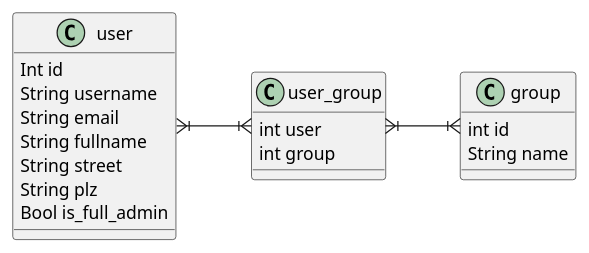
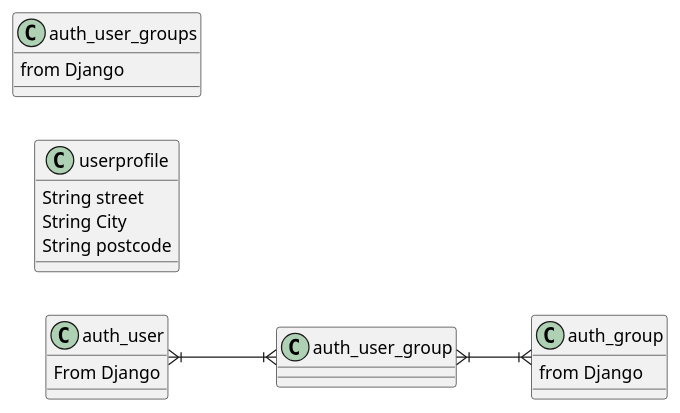
Before and after one commit to KnKay/share: the first of 3 diagrams in docs/data_architecture.md, drawn with PlantUML. The commit also changed other lines of this file and 12 other files, not shown here.

````diff
--- a/docs/data_architecture.md
+++ b/docs/data_architecture.md
@@ -20,27 +20,26 @@
 ```plantuml
 @startuml
 
 left to right direction
 
-class user {
- Int id
- String username
- String email
- String fullname
- String street
- String plz
- Bool is_full_admin
+class auth_user {
+ From Django
 }
-class group {
-  int id
-  String name
+
+class userprofile {
+  String street
+  String City
+  String postcode
 }
-class user_group {
-  int user
-  int group
+
+class auth_group {
+  from Django
 }
-user }|--|{ user_group
-user_group  }|--|{ group
+class auth_user_groups {
+  from Django
+}
+auth_user }|--|{ auth_user_group
+auth_user_group  }|--|{ auth_group
 
 @enduml
 ```
````
